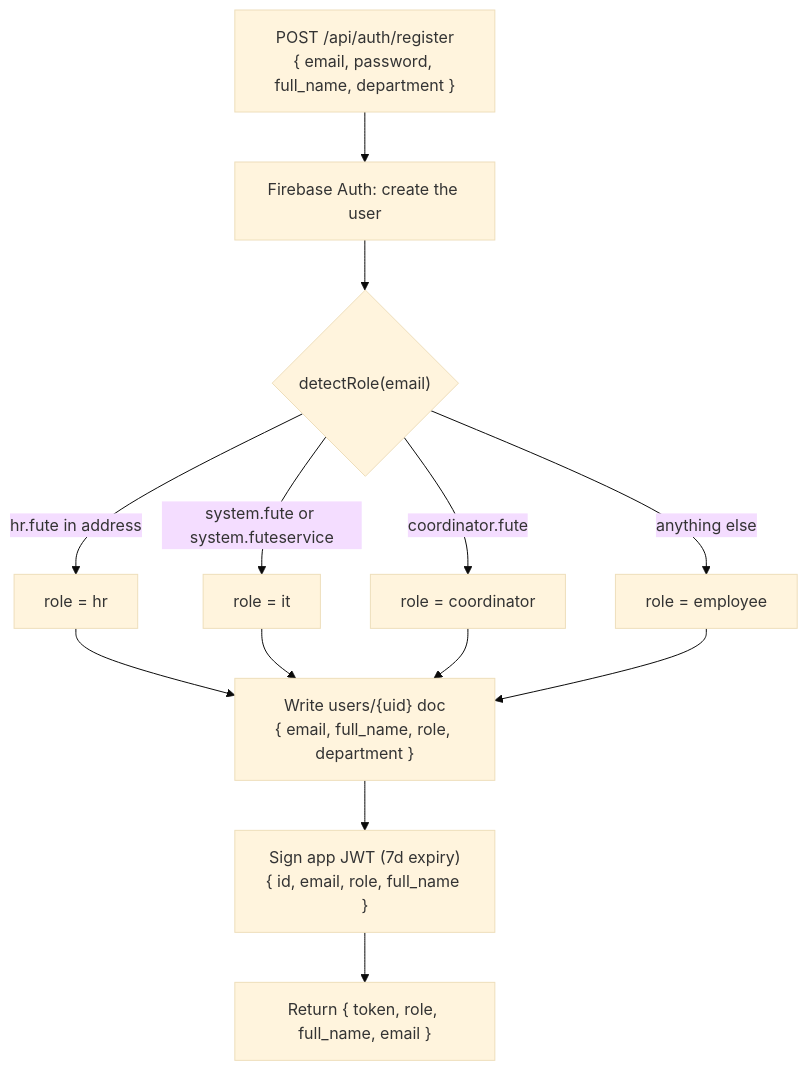
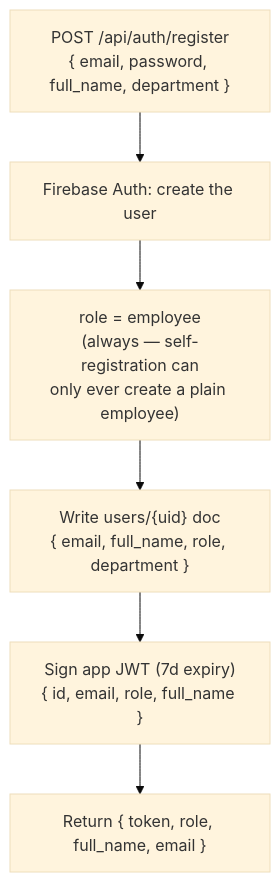
The second of 7 diagrams in docs/BACKEND_WORKFLOW.md (Fute-Services/Project-Ticket), drawn with Mermaid (base theme) before and after one commit. The commit also changed other lines of this file and 53 other files, not shown here.

````diff
--- a/docs/BACKEND_WORKFLOW.md
+++ b/docs/BACKEND_WORKFLOW.md
@@ -41,12 +41,8 @@
 ```mermaid
 flowchart TD
     A["POST /api/auth/register\n{ email, password, full_name, department }"] --> B["Firebase Auth: create the user"]
-    B --> C{"detectRole(email)"}
-    C -->|"hr.fute in address"| HR["role = hr"]
-    C -->|"system.fute or system.futeservice"| IT["role = it"]
-    C -->|"coordinator.fute"| CO["role = coordinator"]
-    C -->|"anything else"| EMP["role = employee"]
-    HR & IT & CO & EMP --> D["Write users/{uid} doc\n{ email, full_name, role, department }"]
+    B --> C["role = employee\n(always — self-registration can\nonly ever create a plain employee)"]
+    C --> D["Write users/{uid} doc\n{ email, full_name, role, department }"]
     D --> E["Sign app JWT (7d expiry)\n{ id, email, role, full_name }"]
     E --> F["Return { token, role, full_name, email }"]
 ```
````
